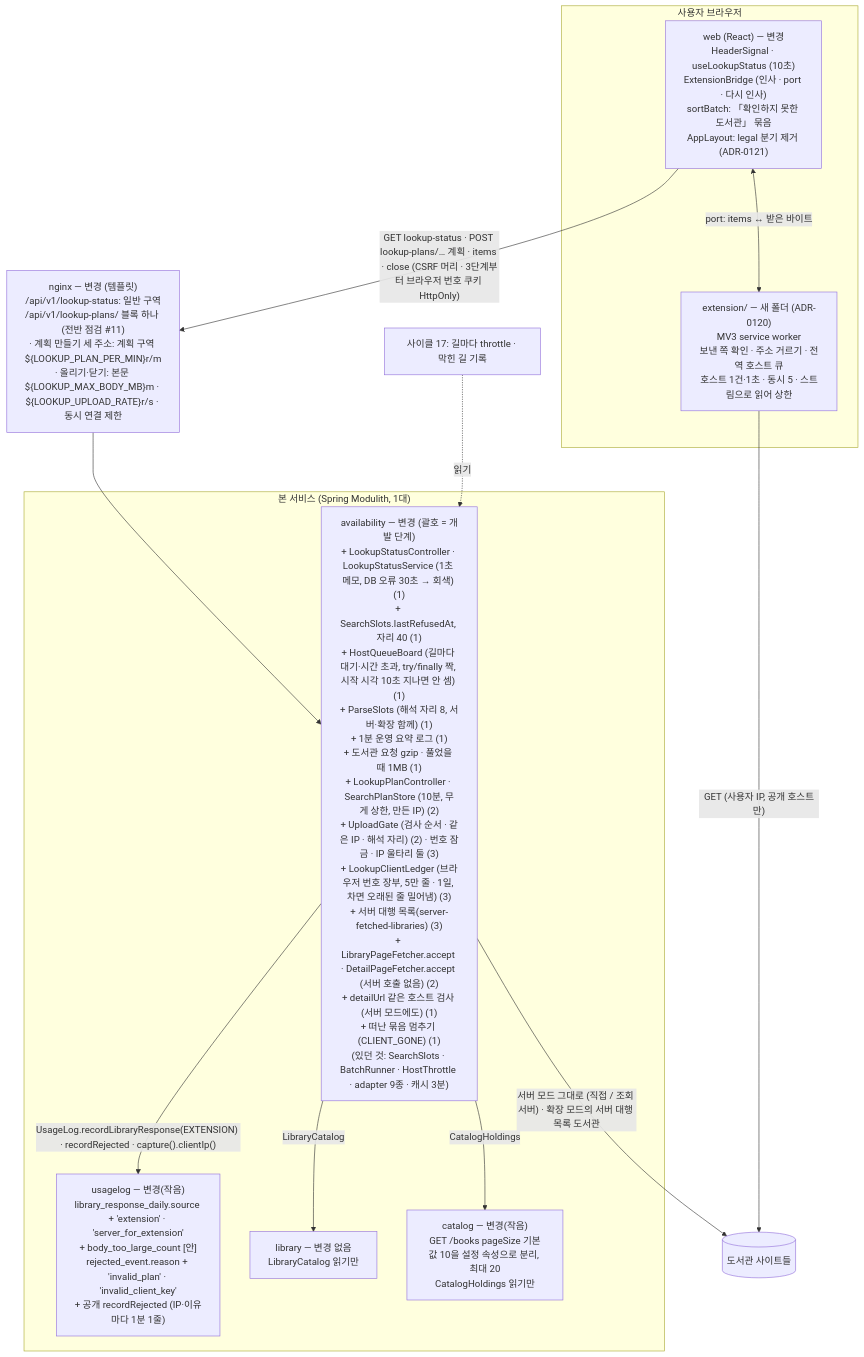
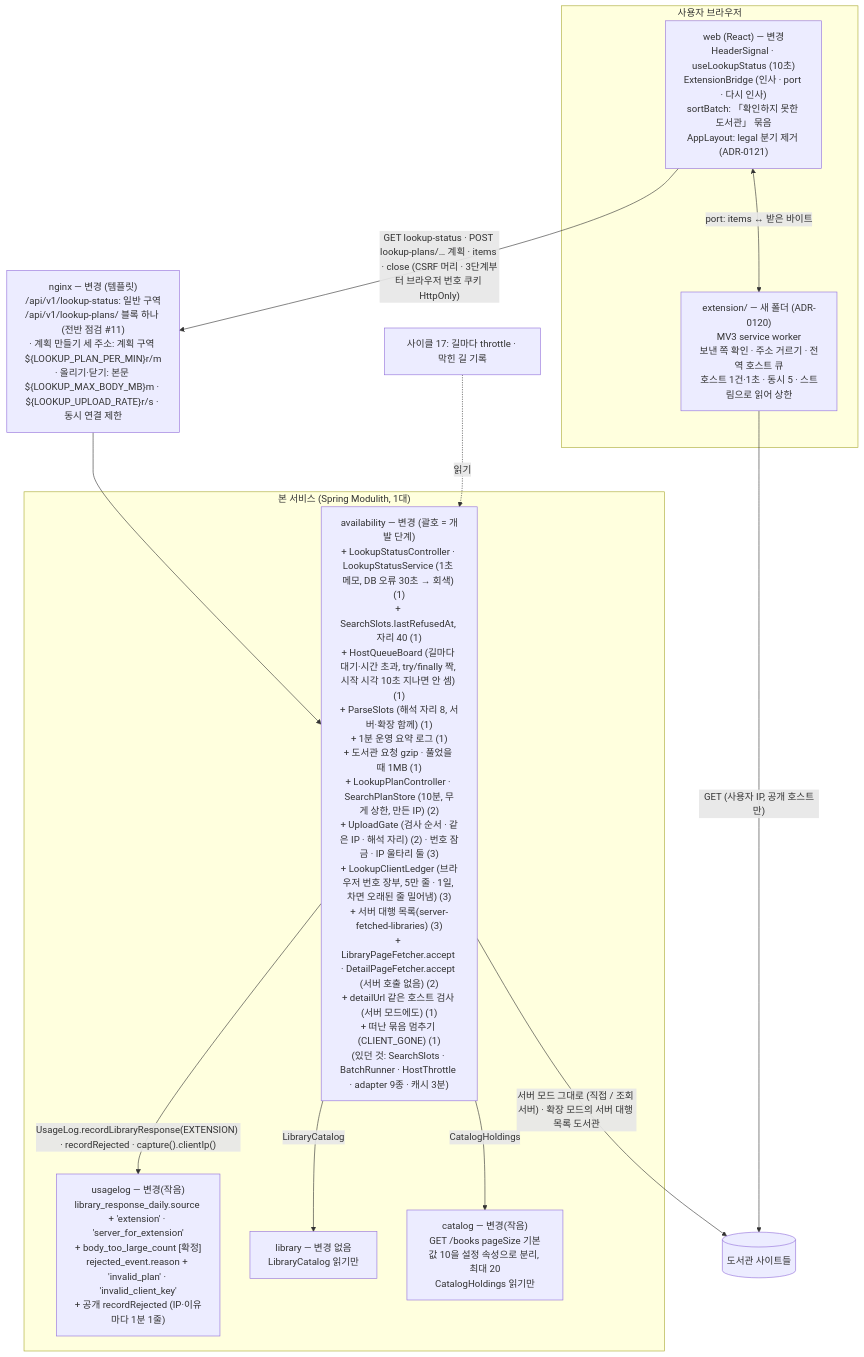
One commit to hodu-sketch/chaekcheck-plan changed the first of 6 diagrams in docs/cycles/20-lookup-status-and-extension/design-delta.md. Above: the diagram before and after it, drawn with Mermaid. The commit also changed other lines of this file and 9 other files, not shown here.

````diff
--- a/docs/cycles/20-lookup-status-and-extension/design-delta.md
+++ b/docs/cycles/20-lookup-status-and-extension/design-delta.md
@@ -48,22 +48,22 @@
 ```mermaid
 flowchart TB
   subgraph browser["사용자 브라우저"]
     web["web (React) — 변경<br/>HeaderSignal · useLookupStatus (10초)<br/>ExtensionBridge (인사 · port · 다시 인사)<br/>sortBatch: 「확인하지 못한 도서관」 묶음<br/>AppLayout: legal 분기 제거 (ADR-0121)"]
     ext["extension/ — 새 폴더 (ADR-0120)<br/>MV3 service worker<br/>보낸 쪽 확인 · 주소 거르기 · 전역 호스트 큐<br/>호스트 1건·1초 · 동시 5 · 스트림으로 읽어 상한"]
   end
   nginx["nginx — 변경 (템플릿)<br/>/api/v1/lookup-status: 일반 구역<br/>/api/v1/lookup-plans/ 블록 하나 (전반 점검 #11)<br/>· 계획 만들기 세 주소: 계획 구역 ${LOOKUP_PLAN_PER_MIN}r/m<br/>· 올리기·닫기: 본문 ${LOOKUP_MAX_BODY_MB}m · ${LOOKUP_UPLOAD_RATE}r/s · 동시 연결 제한"]
   subgraph main["본 서비스 (Spring Modulith, 1대)"]
     av["availability — 변경 (괄호 = 개발 단계)<br/>+ LookupStatusController · LookupStatusService (1초 메모, DB 오류 30초 → 회색) (1)<br/>+ SearchSlots.lastRefusedAt, 자리 40 (1)<br/>+ HostQueueBoard (길마다 대기·시간 초과, try/finally 짝, 시작 시각 10초 지나면 안 셈) (1)<br/>+ ParseSlots (해석 자리 8, 서버·확장 함께) (1)<br/>+ 1분 운영 요약 로그 (1)<br/>+ 도서관 요청 gzip · 풀었을 때 1MB (1)<br/>+ LookupPlanController · SearchPlanStore (10분, 무게 상한, 만든 IP) (2)<br/>+ UploadGate (검사 순서 · 같은 IP · 해석 자리) (2) · 번호 잠금 · IP 울타리 둘 (3)<br/>+ LookupClientLedger (브라우저 번호 장부, 5만 줄 · 1일, 차면 오래된 줄 밀어냄) (3)<br/>+ 서버 대행 목록(server-fetched-libraries) (3)<br/>+ LibraryPageFetcher.accept · DetailPageFetcher.accept (서버 호출 없음) (2)<br/>+ detailUrl 같은 호스트 검사 (서버 모드에도) (1)<br/>+ 떠난 묶음 멈추기 (CLIENT_GONE) (1)<br/>(있던 것: SearchSlots · BatchRunner · HostThrottle · adapter 9종 · 캐시 3분)"]
-    ul["usagelog — 변경(작음)<br/>library_response_daily.source + 'extension' · 'server_for_extension'<br/>+ body_too_large_count [안]<br/>rejected_event.reason + 'invalid_plan' · 'invalid_client_key'<br/>+ 공개 recordRejected (IP·이유마다 1분 1줄)"]
+    ul["usagelog — 변경(작음)<br/>library_response_daily.source + 'extension' · 'server_for_extension'<br/>+ body_too_large_count [확정]<br/>rejected_event.reason + 'invalid_plan' · 'invalid_client_key'<br/>+ 공개 recordRejected (IP·이유마다 1분 1줄)"]
     lib["library — 변경 없음<br/>LibraryCatalog 읽기만"]
     cat["catalog — 변경(작음)<br/>GET /books pageSize 기본값 10을 설정 속성으로 분리, 최대 20<br/>CatalogHoldings 읽기만"]
     av -->|"UsageLog.recordLibraryResponse(EXTENSION) · recordRejected · capture().clientIp()"| ul
     av -->|"LibraryCatalog"| lib
     av -->|"CatalogHoldings"| cat
   end
   web -->|"GET lookup-status · POST lookup-plans/… 계획 · items · close (CSRF 머리 · 3단계부터 브라우저 번호 쿠키 HttpOnly)"| nginx --> av
   web <-->|"port: items ↔ 받은 바이트"| ext
   ext -->|"GET (사용자 IP, 공개 호스트만)"| sites[("도서관 사이트들")]
   av -->|"서버 모드 그대로 (직접 / 조회 서버) · 확장 모드의 서버 대행 목록 도서관"| sites
   bl["사이클 17: 길마다 throttle · 막힌 길 기록"] -.->|"읽기"| av
 ```
````
